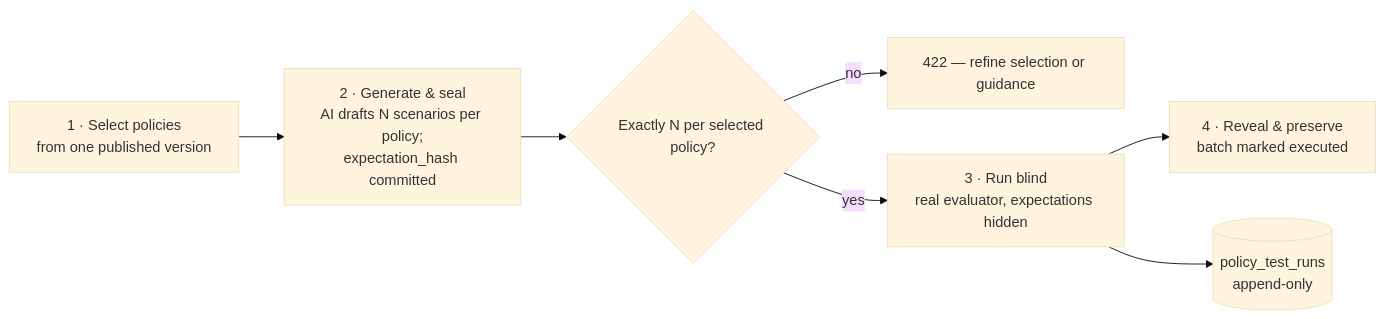
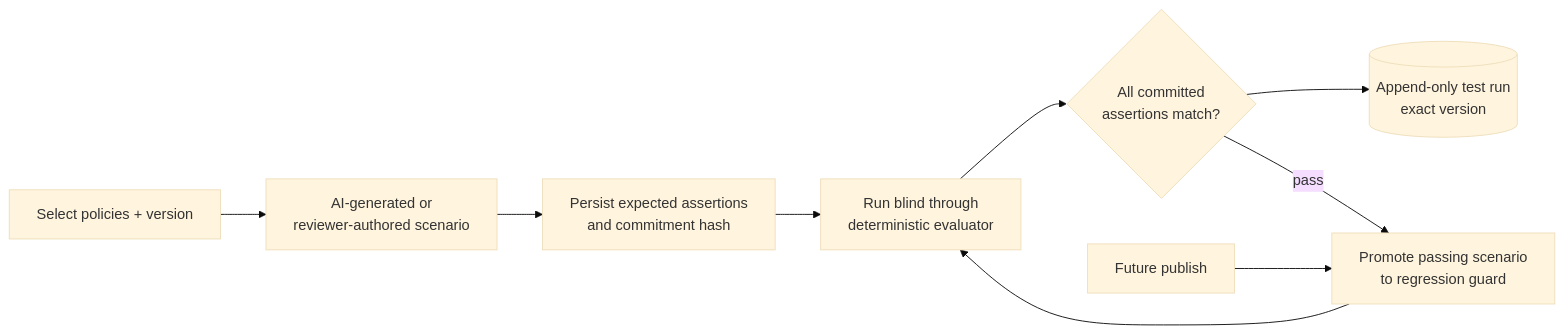
Before and after one commit to taomar/policy-governance-engine: the fourth of 7 diagrams in docs/capability-flows.md, drawn with Mermaid (base theme). The commit also changed other lines of this file and 3 other files, not shown here.

Commit message:
docs: simplify document control flows

````diff
--- a/docs/capability-flows.md
+++ b/docs/capability-flows.md
@@ -432,15 +103,15 @@
 ```mermaid
 flowchart LR
-    S1["1 · Select policies<br/>from one published version"]
-    S2["2 · Generate & seal<br/>AI drafts N scenarios per policy;<br/>expectation_hash committed"]
-    Guard{"Exactly N per selected policy?"}
-    Fail["422 — refine selection or guidance"]
-    S3["3 · Run blind<br/>real evaluator, expectations hidden"]
-    S4["4 · Reveal & preserve<br/>batch marked executed"]
-    Runs[("policy_test_runs<br/>append-only")]
+    Select["Select policies + version"]
+    Draft["AI-generated or<br/>reviewer-authored scenario"]
+    Seal["Persist expected assertions<br/>and commitment hash"]
+    Run["Run blind through<br/>deterministic evaluator"]
+    Compare{"All committed<br/>assertions match?"}
+    Evidence[("Append-only test run<br/>exact version")]
+    Guard["Promote passing scenario<br/>to regression guard"]
+    Publish["Future publish"]
 
-    S1 --> S2 --> Guard
-    Guard -- no --> Fail
-    Guard -- yes --> S3 --> S4
-    S3 --> Runs
+    Select --> Draft --> Seal --> Run --> Compare --> Evidence
+    Compare -- pass --> Guard
+    Publish --> Guard --> Run
 ```
````
